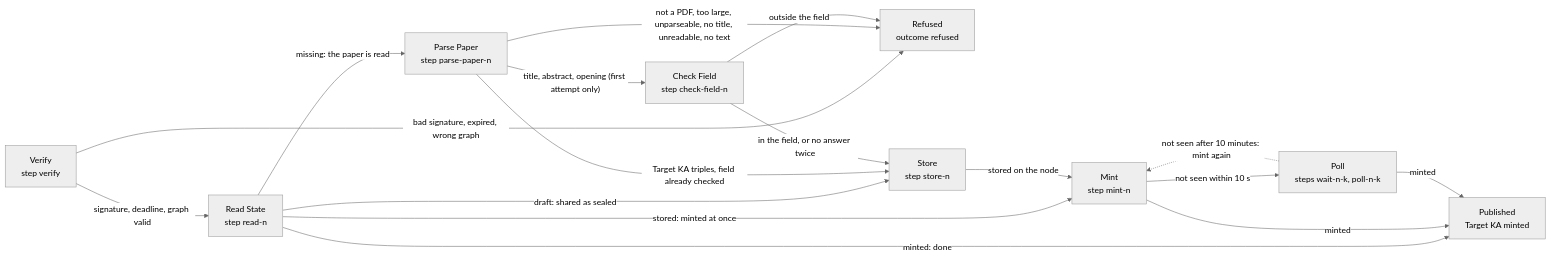
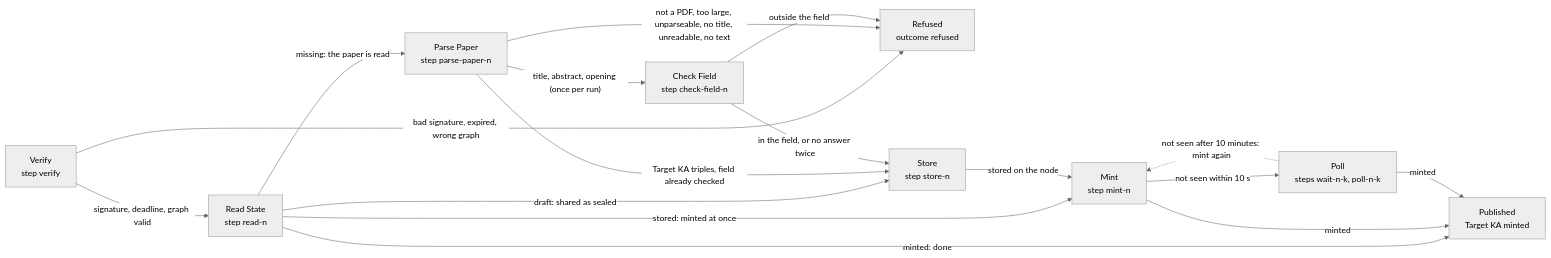
One commit to SiegfriedBz/labstrail changed the diagram in .omm/pipeline/publish-run/diagram.mmd. Above: the diagram before and after it, drawn with Mermaid (neutral theme). The commit also changed 16 other files, not shown here.

```diff
--- a/.omm/pipeline/publish-run/diagram.mmd
+++ b/.omm/pipeline/publish-run/diagram.mmd
@@ -1,17 +1,17 @@
 graph LR
     verify["Verify\nstep verify"] -->|"signature, deadline, graph valid"| read-state["Read State\nstep read-n"]
     verify -->|"bad signature, expired, wrong graph"| refused["Refused\noutcome refused"]
     read-state -->|"missing: the paper is read"| parse-paper["Parse Paper\nstep parse-paper-n"]
     read-state -->|"draft: shared as sealed"| store["Store\nstep store-n"]
     read-state -->|"stored: minted at once"| mint["Mint\nstep mint-n"]
     read-state -->|"minted: done"| done["Published\nTarget KA minted"]
-    parse-paper -->|"title, abstract, opening (first attempt only)"| check-field["Check Field\nstep check-field-n"]
+    parse-paper -->|"title, abstract, opening (once per run)"| check-field["Check Field\nstep check-field-n"]
     parse-paper -->|"Target KA triples, field already checked"| store
     parse-paper -->|"not a PDF, too large, unparseable, no title, unreadable, no text"| refused
     check-field -->|"in the field, or no answer twice"| store
     check-field -->|"outside the field"| refused
     store -->|"stored on the node"| mint
     mint -->|"not seen within 10 s"| poll["Poll\nsteps wait-n-k, poll-n-k"]
     mint -->|"minted"| done
     poll -->|"minted"| done
     poll -.->|"not seen after 10 minutes: mint again"| mint
```
